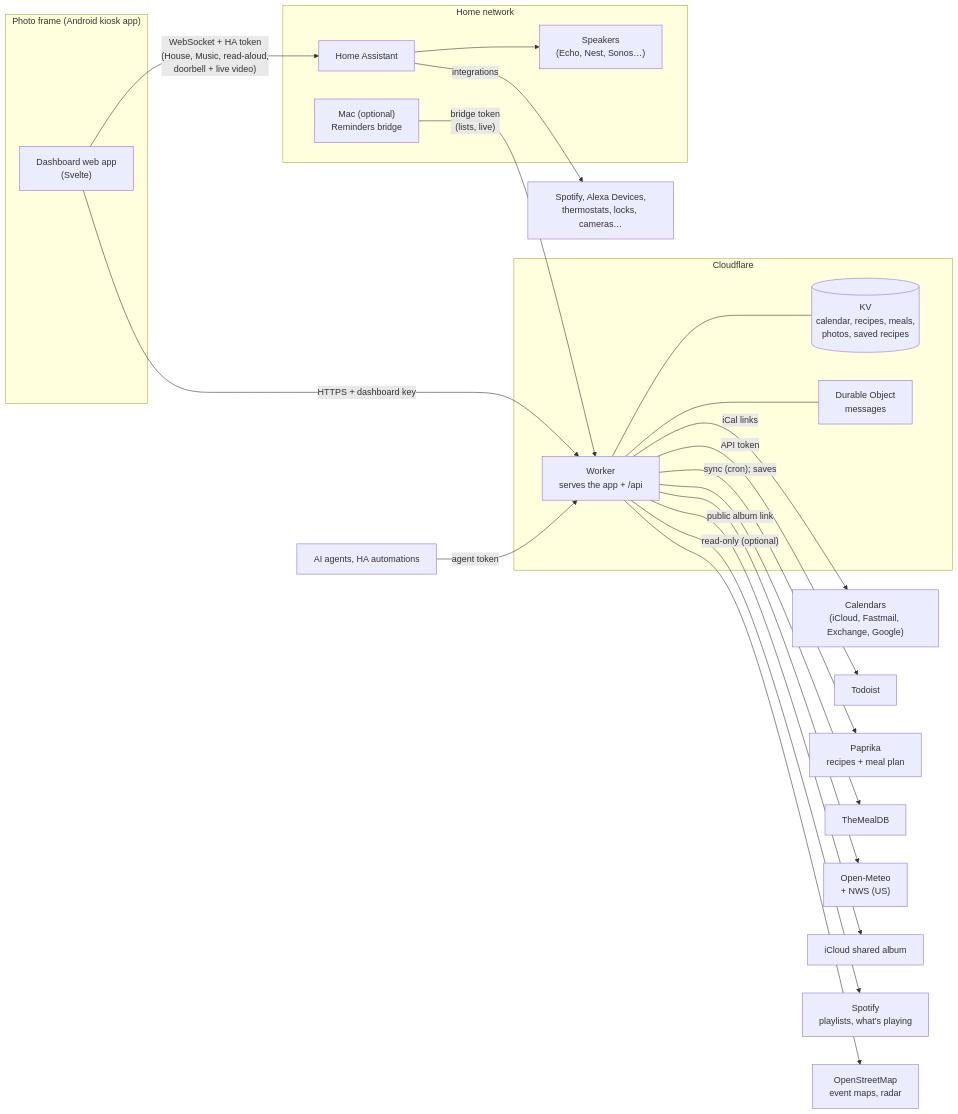
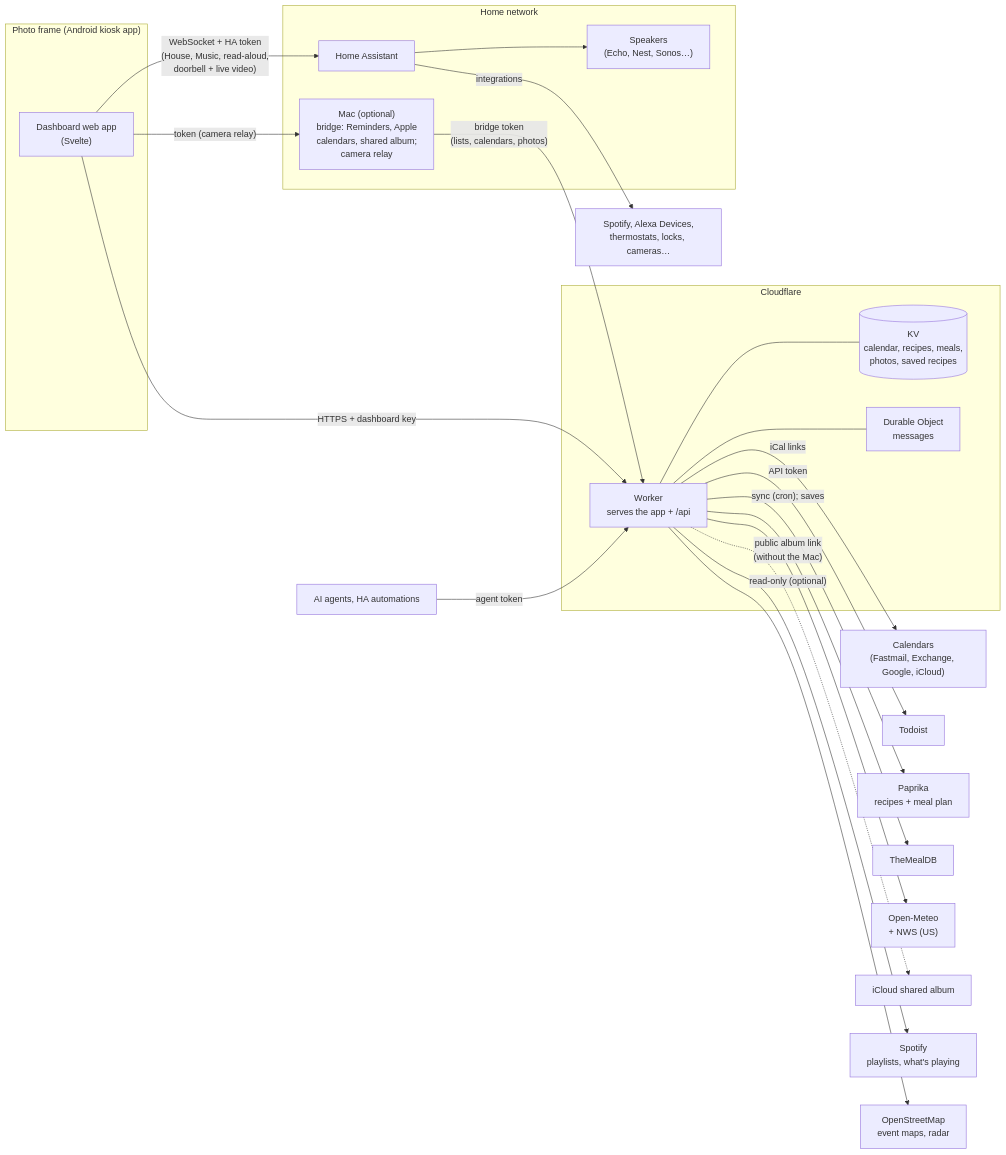
Before and after one commit to thnk2wn/kitchen-frame: the diagram in README.md, drawn with Mermaid. The commit also changed other lines of this file and 19 other files, not shown here.

````diff
--- a/README.md
+++ b/README.md
@@ -88,36 +88,37 @@
 ```mermaid
 flowchart LR
   subgraph frame["Photo frame (Android kiosk app)"]
     app["Dashboard web app<br/>(Svelte)"]
   end
 
   subgraph cf["Cloudflare"]
     worker["Worker<br/>serves the app + /api"]
     kv[("KV<br/>calendar, recipes, meals,<br/>photos, saved recipes")]
     room["Durable Object<br/>messages"]
     worker --- kv
     worker --- room
   end
 
   subgraph home["Home network"]
     ha["Home Assistant"]
     speakers["Speakers<br/>(Echo, Nest, Sonos…)"]
     ha --> speakers
-    mac["Mac (optional)<br/>Reminders bridge"]
+    mac["Mac (optional)<br/>bridge: Reminders, Apple<br/>calendars, shared album;<br/>camera relay"]
   end
-  mac -- "bridge token<br/>(lists, live)" --> worker
+  mac -- "bridge token<br/>(lists, calendars, photos)" --> worker
+  app -- "token (camera relay)" --> mac
 
   app -- "HTTPS + dashboard key" --> worker
   app -- "WebSocket + HA token<br/>(House, Music, read-aloud,<br/>doorbell + live video)" --> ha
 
-  worker -- iCal links --> cal["Calendars<br/>(iCloud, Fastmail, Exchange, Google)"]
+  worker -- iCal links --> cal["Calendars<br/>(Fastmail, Exchange, Google, iCloud)"]
   worker -- API token --> todoist["Todoist"]
   worker -- "sync (cron); saves" --> paprika["Paprika<br/>recipes + meal plan"]
   worker --> mealdb["TheMealDB"]
   worker --> weather["Open-Meteo<br/>+ NWS (US)"]
-  worker -- public album link --> icloud["iCloud shared album"]
+  worker -. "public album link<br/>(without the Mac)" .-> icloud["iCloud shared album"]
   worker -- "read-only (optional)" --> spotifyapi["Spotify<br/>playlists, what's playing"]
   worker --> osm["OpenStreetMap<br/>event maps, radar"]
   ha -- integrations --> spotify["Spotify, Alexa Devices,<br/>thermostats, locks, cameras…"]
   agents["AI agents, HA automations"] -- "agent token" --> worker
 ```
````
